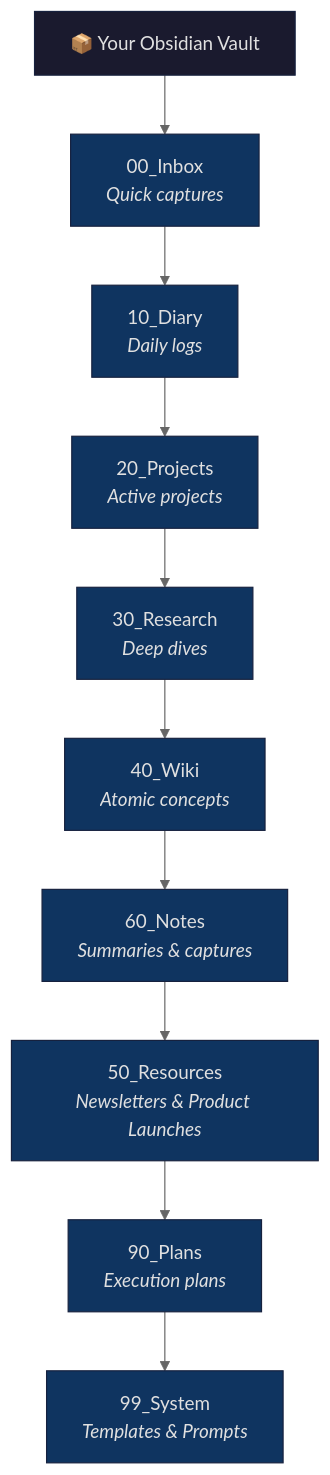
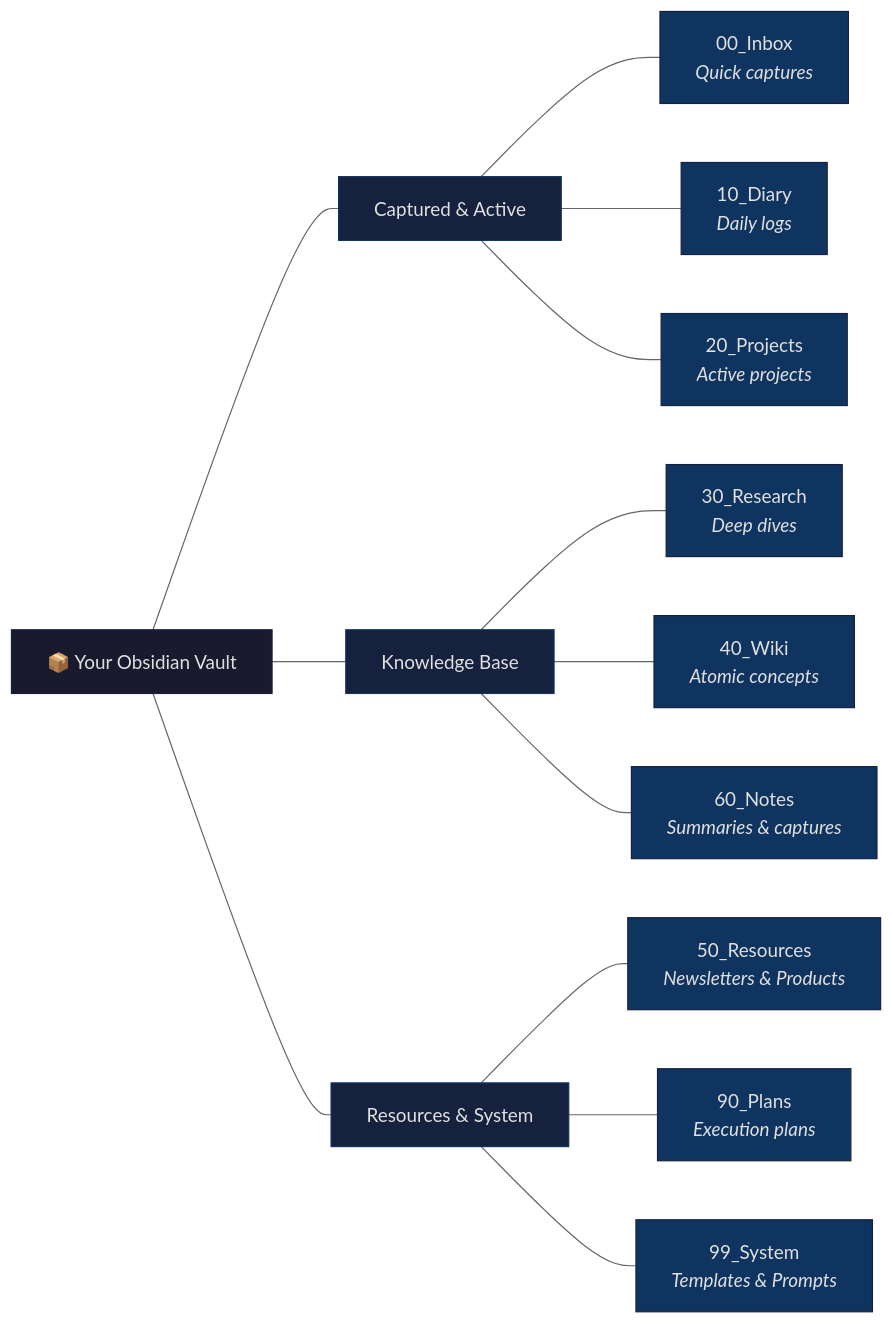
Before and after one commit to dull-bird/DeepOrbit: the second of 8 diagrams in README.md, drawn with Mermaid (neutral theme). The commit also changed 1 other file, not shown here.

````diff
--- a/README.md
+++ b/README.md
@@ -80,24 +80,34 @@
 ```mermaid
-flowchart TD
+flowchart LR
     V["📦 Your Obsidian Vault"]
-    V --> A["00_Inbox<br/><i>Quick captures</i>"]
-    A --> B["10_Diary<br/><i>Daily logs</i>"]
-    B --> C["20_Projects<br/><i>Active projects</i>"]
-    C --> D["30_Research<br/><i>Deep dives</i>"]
-    D --> E["40_Wiki<br/><i>Atomic concepts</i>"]
-    E --> G["60_Notes<br/><i>Summaries & captures</i>"]
-    G --> F["50_Resources<br/><i>Newsletters & Product Launches</i>"]
-    F --> H["90_Plans<br/><i>Execution plans</i>"]
-    H --> I["99_System<br/><i>Templates & Prompts</i>"]
+    
+    V --- G1["Captured & Active"]
+    V --- G2["Knowledge Base"]
+    V --- G3["Resources & System"]
+
+    G1 --- A["00_Inbox<br/><i>Quick captures</i>"]
+    G1 --- B["10_Diary<br/><i>Daily logs</i>"]
+    G1 --- C["20_Projects<br/><i>Active projects</i>"]
+    
+    G2 --- D["30_Research<br/><i>Deep dives</i>"]
+    G2 --- E["40_Wiki<br/><i>Atomic concepts</i>"]
+    G2 --- G["60_Notes<br/><i>Summaries & captures</i>"]
+    
+    G3 --- F["50_Resources<br/><i>Newsletters & Products</i>"]
+    G3 --- H["90_Plans<br/><i>Execution plans</i>"]
+    G3 --- I["99_System<br/><i>Templates & Prompts</i>"]
 
     style V fill:#1a1a2e,stroke:#16213e,color:#e0e0e0
+    style G1 fill:#16213e,stroke:#0f3460,color:#e0e0e0
+    style G2 fill:#16213e,stroke:#0f3460,color:#e0e0e0
+    style G3 fill:#16213e,stroke:#0f3460,color:#e0e0e0
     style A fill:#0f3460,stroke:#16213e,color:#e0e0e0
     style B fill:#0f3460,stroke:#16213e,color:#e0e0e0
     style C fill:#0f3460,stroke:#16213e,color:#e0e0e0
     style D fill:#0f3460,stroke:#16213e,color:#e0e0e0
     style E fill:#0f3460,stroke:#16213e,color:#e0e0e0
     style F fill:#0f3460,stroke:#16213e,color:#e0e0e0
     style G fill:#0f3460,stroke:#16213e,color:#e0e0e0
     style H fill:#0f3460,stroke:#16213e,color:#e0e0e0
     style I fill:#0f3460,stroke:#16213e,color:#e0e0e0
 ```
````
